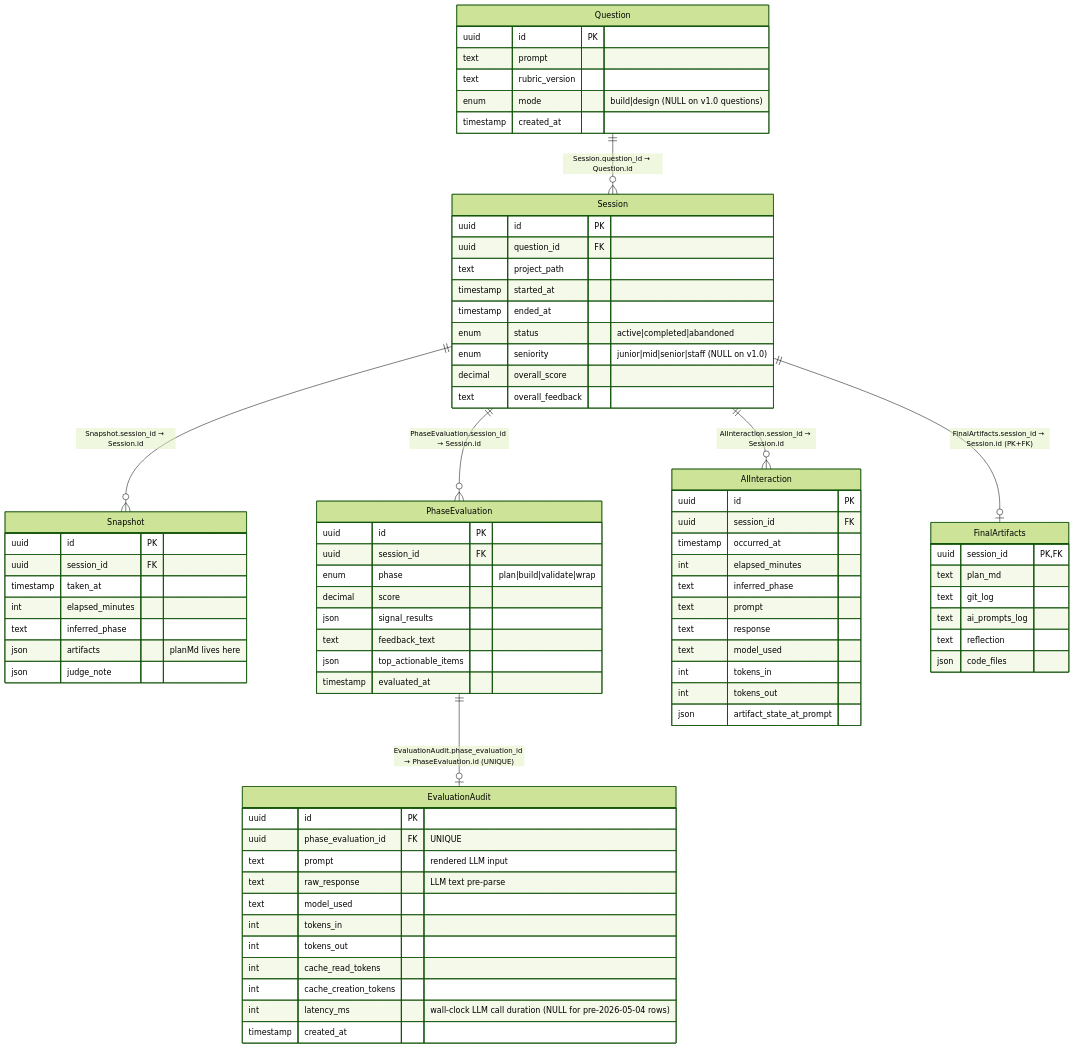
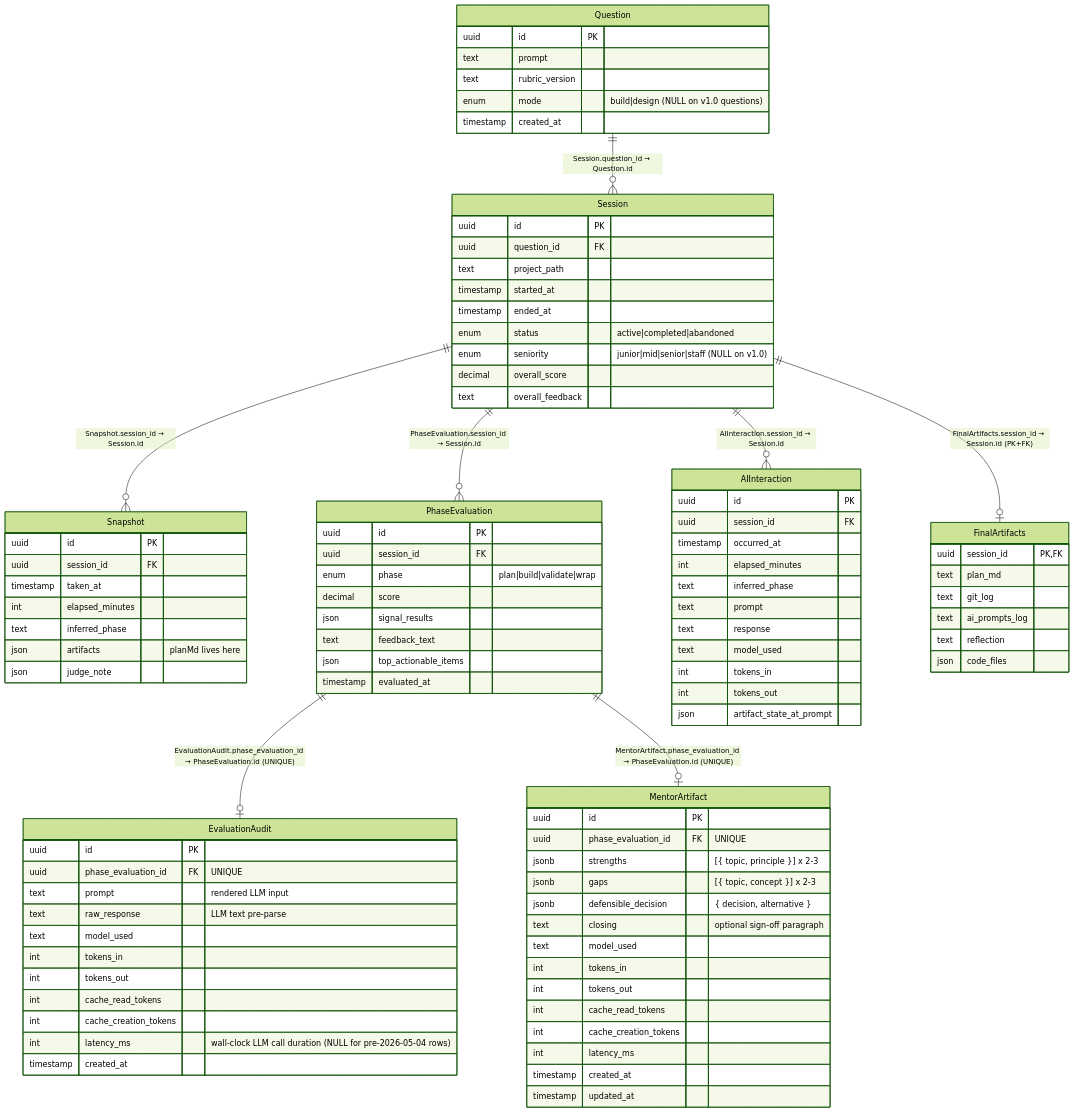
The diagram in backend/prisma/SCHEMA.md (Parinita789/AI-System-Design-Judge), drawn with Mermaid (forest theme) before and after one commit. The commit also changed other lines of this file and 15 other files, not shown here.

```diff
--- a/backend/prisma/SCHEMA.md
+++ b/backend/prisma/SCHEMA.md
@@ -13,6 +13,7 @@
     Session  ||--o{ AIInteraction : "AIInteraction.session_id → Session.id"
     Session  ||--o| FinalArtifacts : "FinalArtifacts.session_id → Session.id (PK+FK)"
     PhaseEvaluation ||--o| EvaluationAudit : "EvaluationAudit.phase_evaluation_id → PhaseEvaluation.id (UNIQUE)"
+    PhaseEvaluation ||--o| MentorArtifact : "MentorArtifact.phase_evaluation_id → PhaseEvaluation.id (UNIQUE)"
 
     Question {
         uuid id PK
@@ -69,6 +70,23 @@
         timestamp created_at
     }
 
+    MentorArtifact {
+        uuid id PK
+        uuid phase_evaluation_id FK "UNIQUE"
+        jsonb strengths "[{ topic, principle }] x 2-3"
+        jsonb gaps "[{ topic, concept }] x 2-3"
+        jsonb defensible_decision "{ decision, alternative }"
+        text closing "optional sign-off paragraph"
+        text model_used
+        int tokens_in
+        int tokens_out
+        int cache_read_tokens
+        int cache_creation_tokens
+        int latency_ms
+        timestamp created_at
+        timestamp updated_at
+    }
+
     AIInteraction {
         uuid id PK
         uuid session_id FK
```
